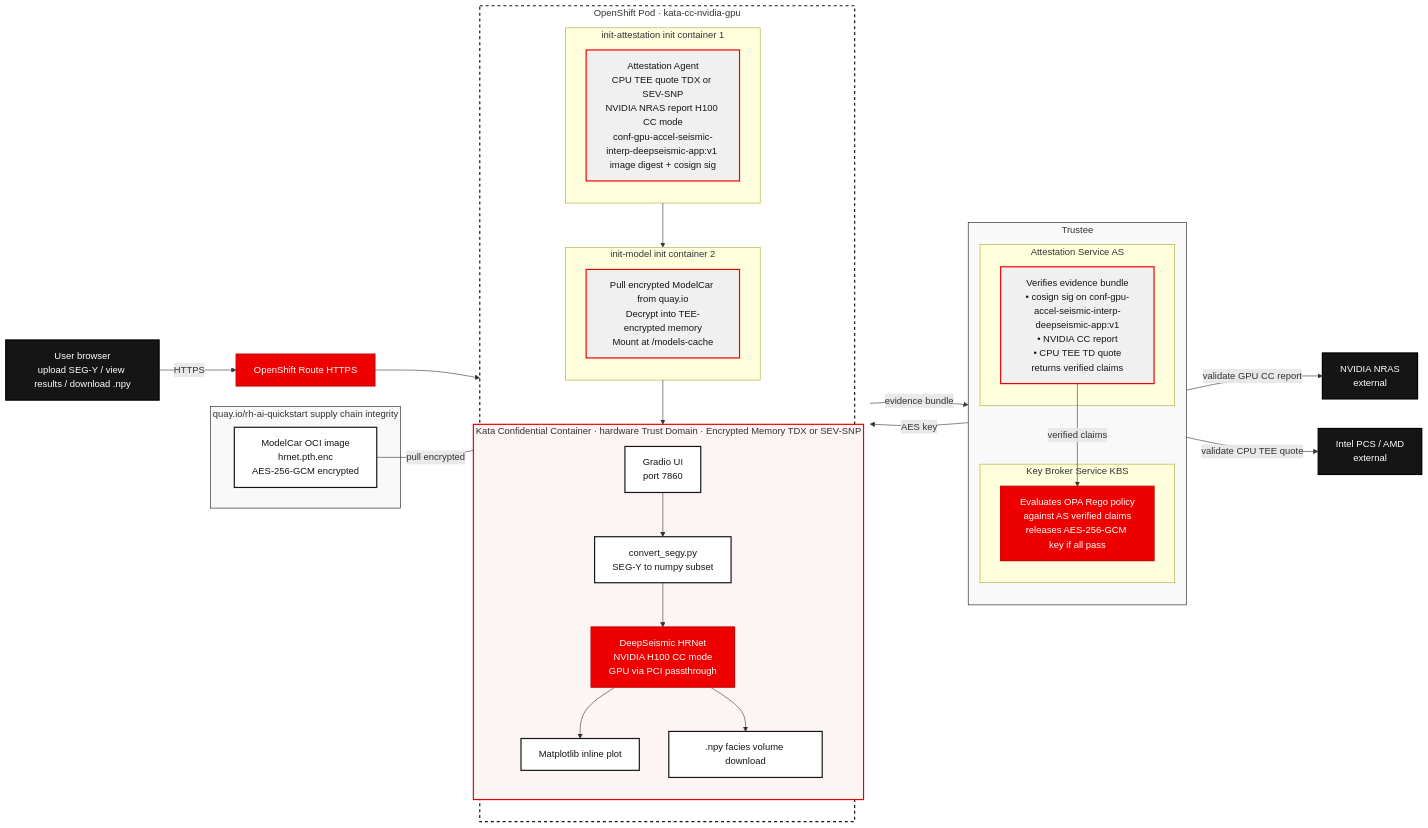
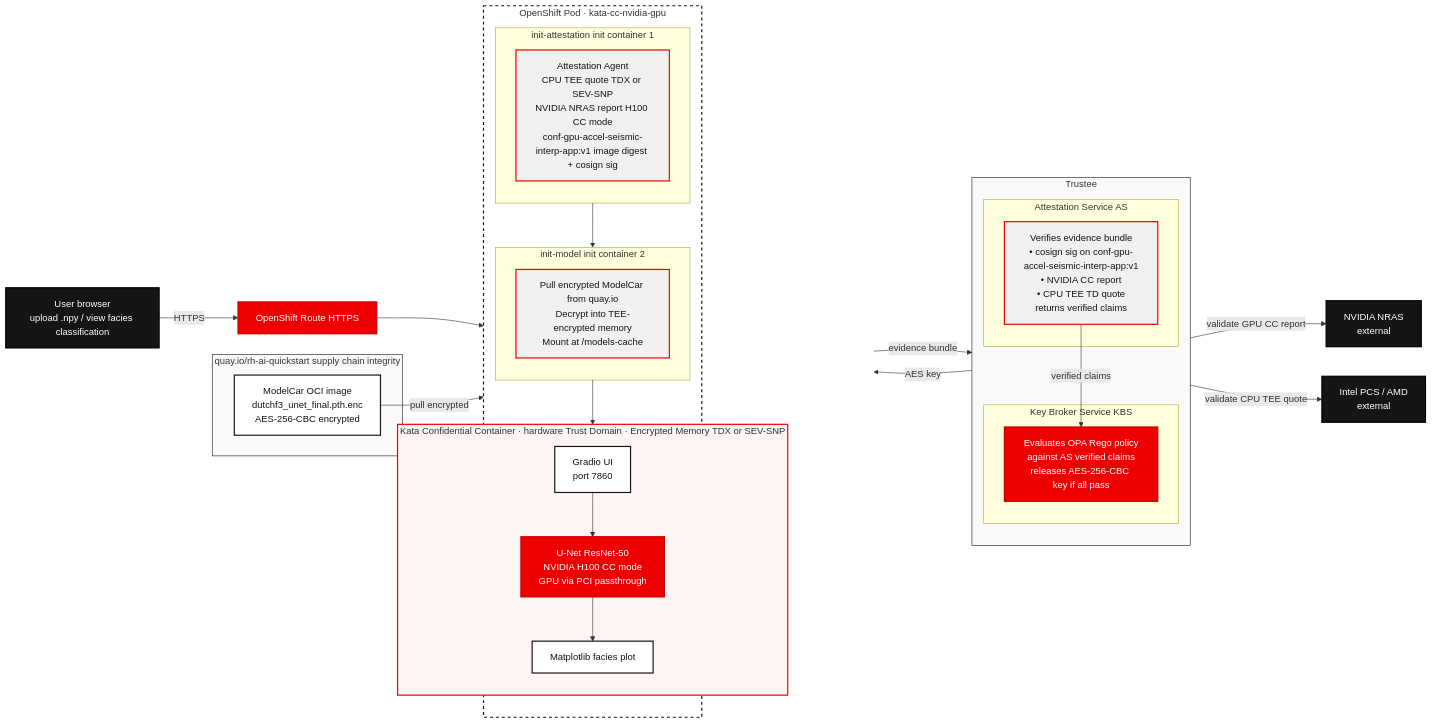
The diagram in README.md (lkatalin/confidential-gpu-accelerated-seismic-interpretation), drawn with Mermaid before and after one commit. The commit also changed other lines of this file and 1 other file, not shown here.

````diff
--- a/README.md
+++ b/README.md
@@ -125,63 +121,60 @@
 ```mermaid
 flowchart LR
     %% Red Hat Class Definitions
     classDef default fill:#F0F0F0,stroke:#EE0000,stroke-width:2px,color:#151515;
     classDef rhRed fill:#EE0000,stroke:#C90000,stroke-width:2px,color:#FFFFFF;
     classDef rhBlack fill:#151515,stroke:#000000,stroke-width:2px,color:#FFFFFF;
     classDef rhOutline fill:#FFFFFF,stroke:#151515,stroke-width:2px,color:#151515;
 
-    Browser["User browser\nupload SEG-Y / view results / download .npy"]:::rhBlack
+    Browser["User browser\nupload .npy / view facies classification"]:::rhBlack
     Route["OpenShift Route HTTPS"]:::rhRed
     Browser -->|HTTPS| Route
 
     subgraph Quay["quay.io/rh-ai-quickstart  supply chain integrity"]
-        ModelCar["ModelCar OCI image\nhrnet.pth.enc\nAES-256-GCM encrypted"]:::rhOutline
+        ModelCar["ModelCar OCI image\ndutchf3_unet_final.pth.enc\nAES-256-CBC encrypted"]:::rhOutline
     end
 
     subgraph Trustee["Trustee"]
         direction TB
         subgraph AS["Attestation Service AS"]
-            ASVerify["Verifies evidence bundle\n• cosign sig on conf-gpu-accel-seismic-interp-deepseismic-app:v1\n• NVIDIA CC report\n• CPU TEE TD quote\nreturns verified claims"]:::default
+            ASVerify["Verifies evidence bundle\n• cosign sig on conf-gpu-accel-seismic-interp-app:v1\n• NVIDIA CC report\n• CPU TEE TD quote\nreturns verified claims"]:::default
         end
         subgraph KBS["Key Broker Service KBS"]
-            KBSPolicy["Evaluates OPA Rego policy\nagainst AS verified claims\nreleases AES-256-GCM key if all pass"]:::rhRed
+            KBSPolicy["Evaluates OPA Rego policy\nagainst AS verified claims\nreleases AES-256-CBC key if all pass"]:::rhRed
         end
         ASVerify -->|verified claims| KBSPolicy
     end
 
     NRAS["NVIDIA NRAS\nexternal"]:::rhBlack
     PCS["Intel PCS / AMD\nexternal"]:::rhBlack
     ASVerify -->|validate GPU CC report| NRAS
     ASVerify -->|validate CPU TEE quote| PCS
 
     subgraph Pod["OpenShift Pod · kata-cc-nvidia-gpu"]
         direction TB
         subgraph Init1["init-attestation  init container 1"]
-            Agent["Attestation Agent\nCPU TEE quote TDX or SEV-SNP\nNVIDIA NRAS report H100 CC mode\nconf-gpu-accel-seismic-interp-deepseismic-app:v1 image digest + cosign sig"]:::default
+            Agent["Attestation Agent\nCPU TEE quote TDX or SEV-SNP\nNVIDIA NRAS report H100 CC mode\nconf-gpu-accel-seismic-interp-app:v1 image digest + cosign sig"]:::default
         end
         subgraph Init2["init-model  init container 2"]
             ModelPull["Pull encrypted ModelCar from quay.io\nDecrypt into TEE-encrypted memory\nMount at /models-cache"]:::default
         end
         subgraph CC["Kata Confidential Container · hardware Trust Domain · Encrypted Memory TDX or SEV-SNP"]
             Gradio["Gradio UI\nport 7860"]:::rhOutline
-            Convert["convert_segy.py\nSEG-Y to numpy subset"]:::rhOutline
-            DeepSeismic["DeepSeismic HRNet\nNVIDIA H100 CC mode\nGPU via PCI passthrough"]:::rhRed
-            Plot["Matplotlib inline plot"]:::rhOutline
-            NPY[".npy facies volume download"]:::rhOutline
+            UNet["U-Net ResNet-50\nNVIDIA H100 CC mode\nGPU via PCI passthrough"]:::rhRed
+            Plot["Matplotlib facies plot"]:::rhOutline
         end
         Init1 --> Init2 --> CC
-        Gradio --> Convert --> DeepSeismic --> Plot
-        DeepSeismic --> NPY
+        Gradio --> UNet --> Plot
     end
 
     Route --> Gradio
     Agent -->|evidence bundle| AS
     KBSPolicy -->|AES key| Init1
     ModelCar -->|pull encrypted| ModelPull
 
     %% Subgraph Styling for cleaner boundaries
     style Pod fill:#ffffff,stroke:#151515,stroke-width:2px,stroke-dasharray: 5 5
     style CC fill:#fdf4f4,stroke:#EE0000,stroke-width:2px
     style Trustee fill:#f9f9f9,stroke:#151515,stroke-width:1px
     style Quay fill:#f9f9f9,stroke:#151515,stroke-width:1px
 ```
````
